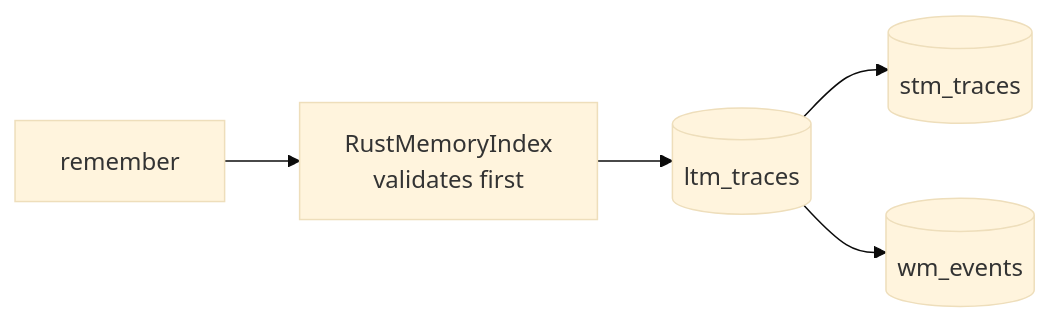
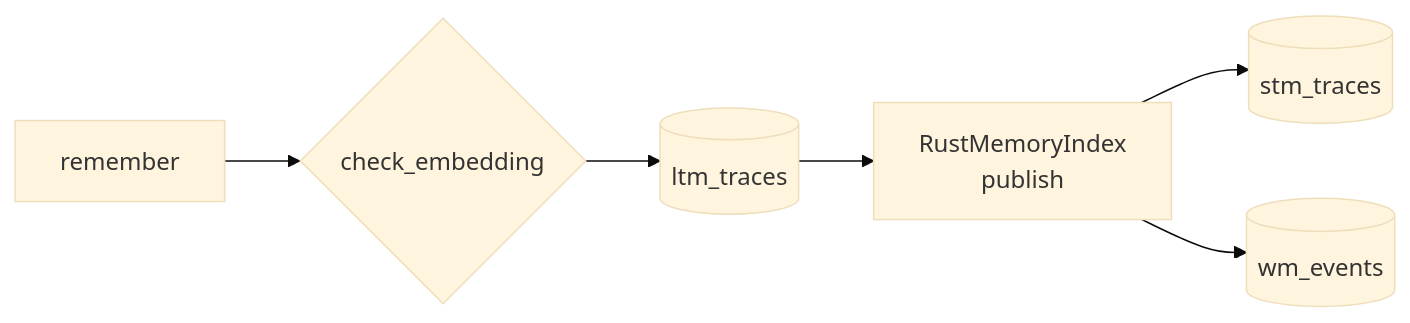
Before and after one commit to Magic-Man-us/MemoryCore: the fourth of 5 diagrams in docs/architecture.md, drawn with Mermaid (base theme). The commit also changed other lines of this file and 12 other files, not shown here.

````diff
--- a/docs/architecture.md
+++ b/docs/architecture.md
@@ -59,7 +59,8 @@
 ```mermaid
 flowchart LR
-    M[remember] --> Rust[RustMemoryIndex<br>validates first]
-    Rust --> DB[(ltm_traces)]
-    DB --> STM[(stm_traces)]
-    DB --> WM[(wm_events)]
+    M[remember] --> V{check_embedding}
+    V --> DB[(ltm_traces)]
+    DB --> Rust[RustMemoryIndex<br>publish]
+    Rust --> STM[(stm_traces)]
+    Rust --> WM[(wm_events)]
 ```
````
